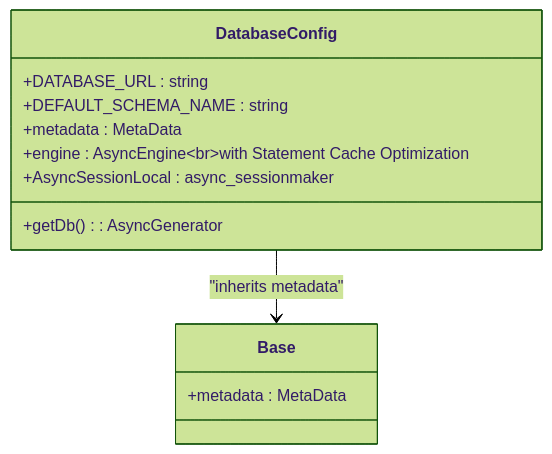
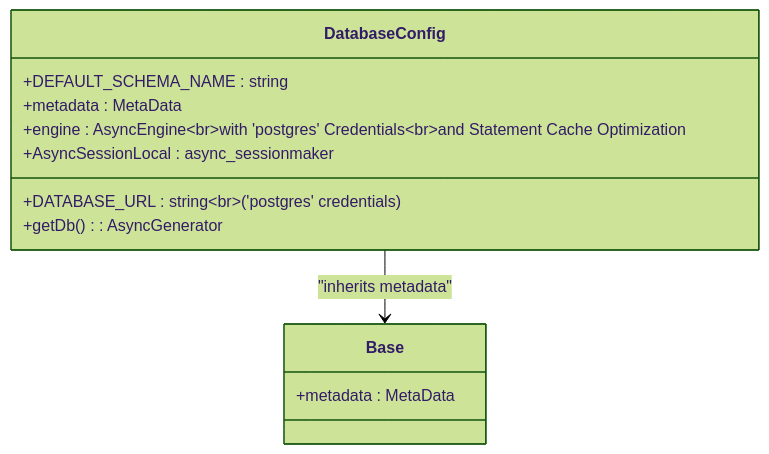
One commit to srikant-panda/auth-service changed the third of 9 diagrams in .qoder/repowiki/en/content/Advanced Topics/Database Configuration and Connection Management.md. Above: the diagram before and after it, drawn with Mermaid (forest theme). The commit also changed other lines of this file and 6 other files, not shown here.

````diff
--- a/.qoder/repowiki/en/content/Advanced Topics/Database Configuration and Connection Management.md
+++ b/.qoder/repowiki/en/content/Advanced Topics/Database Configuration and Connection Management.md
@@ -151,15 +172,15 @@
 ```mermaid
 classDiagram
 class DatabaseConfig {
-+DATABASE_URL : string
++DATABASE_URL : string<br/>('postgres' credentials)
 +DEFAULT_SCHEMA_NAME : string
 +metadata : MetaData
-+engine : AsyncEngine<br/>with Statement Cache Optimization
++engine : AsyncEngine<br/>with 'postgres' Credentials<br/>and Statement Cache Optimization
 +AsyncSessionLocal : async_sessionmaker
 +getDb() : AsyncGenerator
 }
 class Base {
 +metadata : MetaData
 }
 DatabaseConfig --> Base : "inherits metadata"
 ```
````
